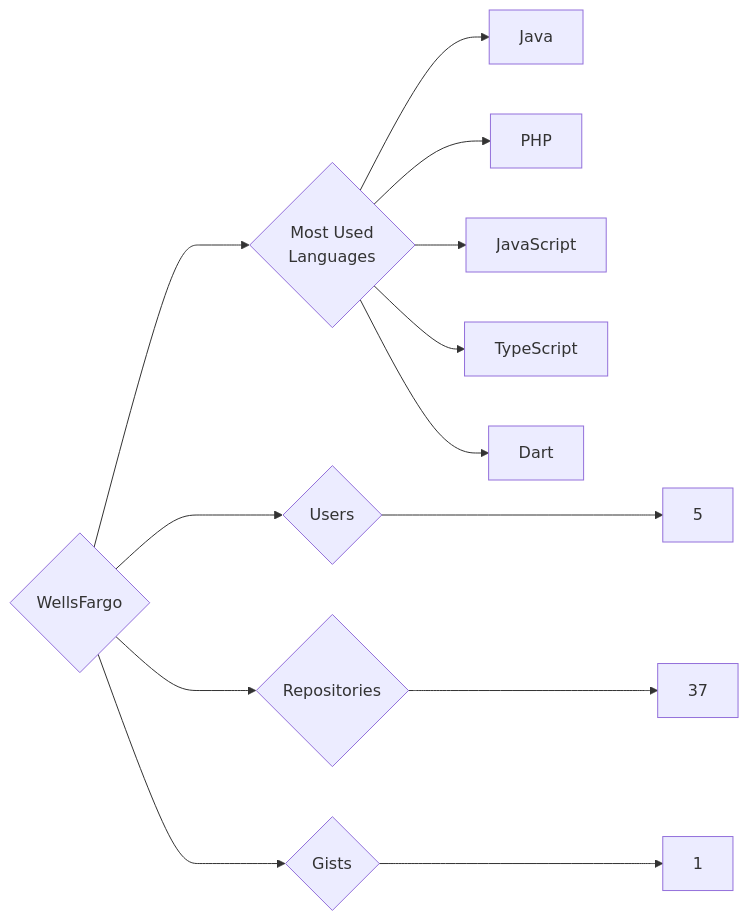
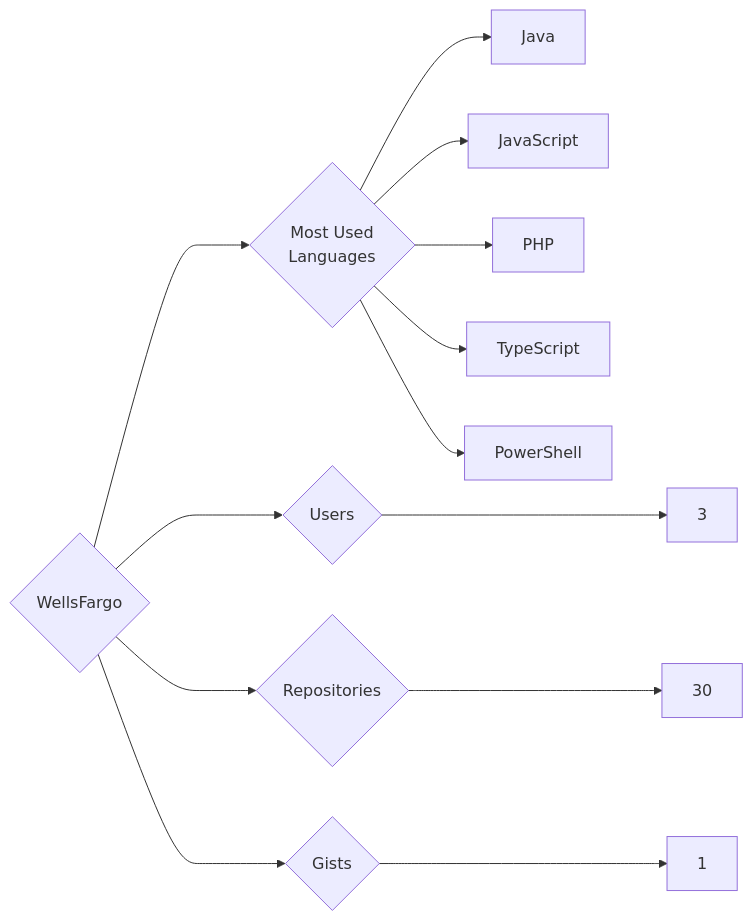
One commit to trickest/insiders changed the diagram in targets/WellsFargo/README.md. Above: the diagram before and after it, drawn with Mermaid. The commit also changed 1011 other files, not shown here.

````diff
--- a/targets/WellsFargo/README.md
+++ b/targets/WellsFargo/README.md
@@ -3,13 +3,13 @@
 ```mermaid
 graph LR
 COMPANY_NAME{WellsFargo}
-COMPANY_NAME ---> U{Users} ---> UN[5]
-COMPANY_NAME ---> R{Repositories} ---> RN[37]
+COMPANY_NAME ---> U{Users} ---> UN[3]
+COMPANY_NAME ---> R{Repositories} ---> RN[30]
 COMPANY_NAME ---> G{Gists} ---> GN[1]
 COMPANY_NAME ---> ML{Most Used<br>Languages}
 ML --> Java[Java]
+ML --> JavaScript[JavaScript]
 ML --> PHP[PHP]
-ML --> JavaScript[JavaScript]
 ML --> TypeScript[TypeScript]
-ML --> Dart[Dart]
+ML --> PowerShell[PowerShell]
 ```
````
